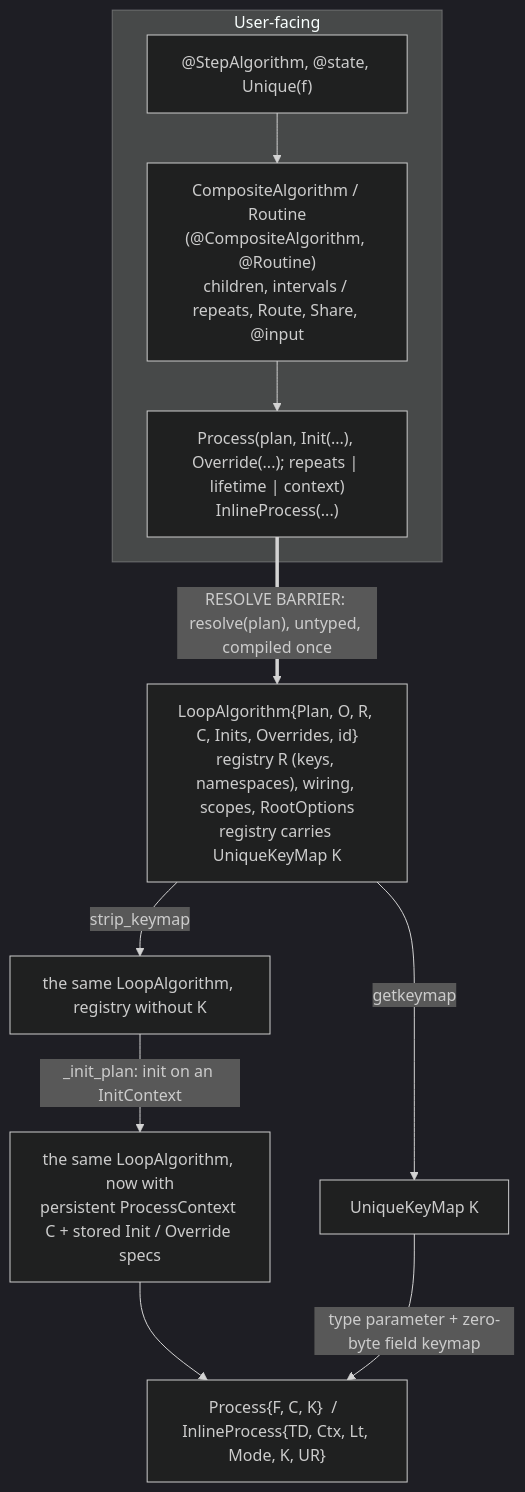
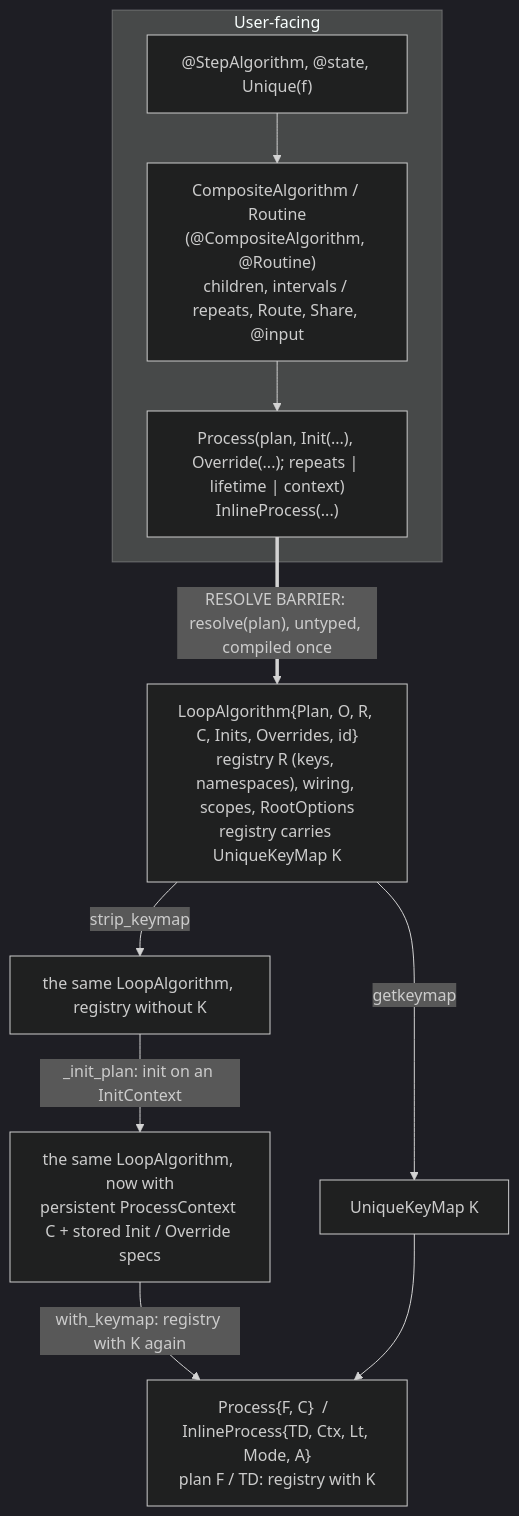
One commit to f-ij/StatefulAlgorithms.jl changed the first of 2 diagrams in docs/src/internals/process_pipeline.md. Above: the diagram before and after it, drawn with Mermaid (dark theme). The commit also changed other lines of this file and 13 other files, not shown here.

````diff
--- a/docs/src/internals/process_pipeline.md
+++ b/docs/src/internals/process_pipeline.md
@@ -17,13 +19,13 @@
 ```mermaid
 flowchart TD
   subgraph USER["User-facing"]
     SA["@StepAlgorithm, @state, Unique(f)"] --> PLAN["CompositeAlgorithm / Routine<br/>(@CompositeAlgorithm, @Routine)<br/>children, intervals / repeats, Route, Share, @input"]
     PLAN --> CALL["Process(plan, Init(...), Override(...); repeats | lifetime | context)<br/>InlineProcess(...)"]
   end
   CALL ==>|"RESOLVE BARRIER: resolve(plan), untyped, compiled once"| RES["LoopAlgorithm{Plan, O, R, C, Inits, Overrides, id}<br/>registry R (keys, namespaces), wiring, scopes, RootOptions<br/>registry carries UniqueKeyMap K"]
   RES -->|"getkeymap"| K["UniqueKeyMap K"]
   RES -->|"strip_keymap"| LA["the same LoopAlgorithm, registry without K"]
   LA -->|"_init_plan: init on an InitContext"| LAI["the same LoopAlgorithm, now with<br/>persistent ProcessContext C + stored Init / Override specs"]
-  LAI --> P["Process{F, C, K}  /  InlineProcess{TD, Ctx, Lt, Mode, K, UR}"]
-  K -->|"type parameter + zero-byte field keymap"| P
+  LAI -->|"with_keymap: registry with K again"| P["Process{F, C}  /  InlineProcess{TD, Ctx, Lt, Mode, A}<br/>plan F / TD: registry with K"]
+  K --> P
 ```
````
